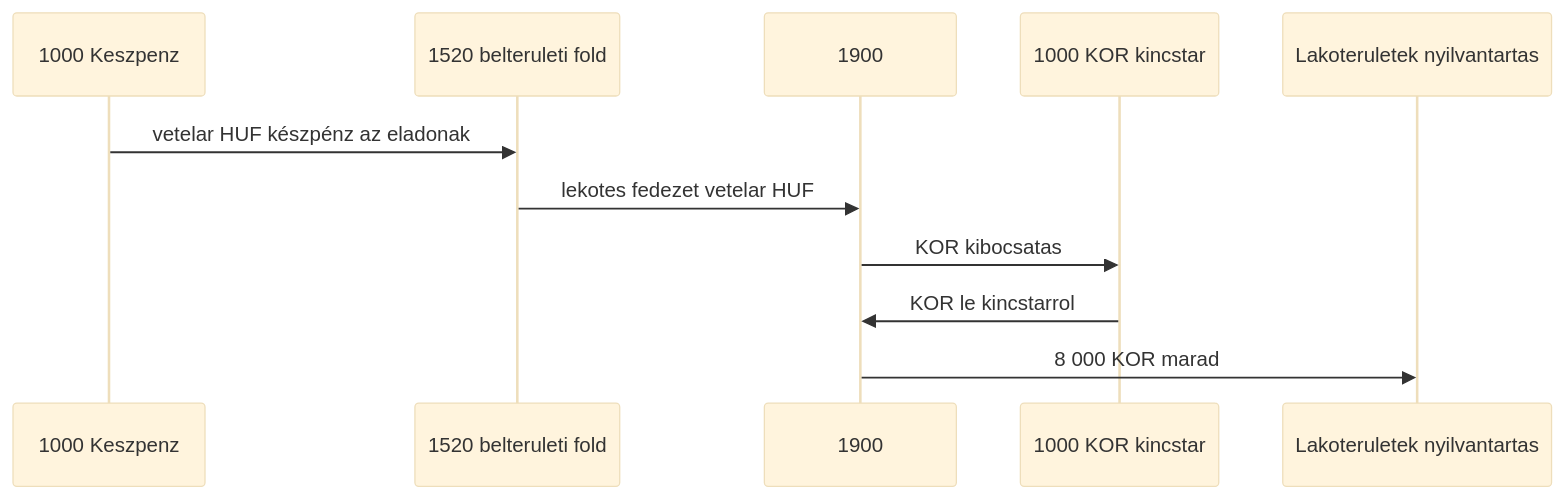
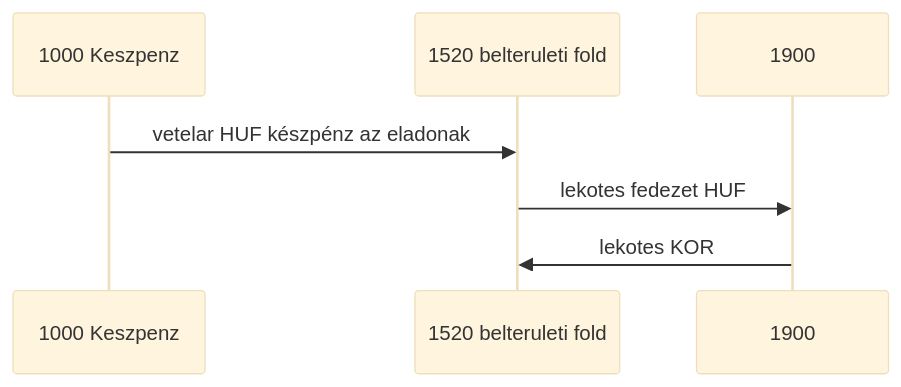
One commit to pitiboy/curr changed the fifth of 15 diagrams in docs/transaction-workflow.md. Above: the diagram before and after it, drawn with Mermaid (base theme). The commit also changed other lines of this file and 8 other files, not shown here.

````diff
--- a/docs/transaction-workflow.md
+++ b/docs/transaction-workflow.md
@@ -285,14 +273,10 @@
 ```mermaid
 sequenceDiagram
   participant Penztar as 1000 Keszpenz
   participant Telek as 1520 belteruleti fold
   participant Atv as 1900
-  participant Kt as 1000 KOR kincstar
-  participant Nyilv as Lakoteruletek nyilvantartas
 
   Penztar->>Telek: vetelar HUF készpénz az eladonak
-  Telek->>Atv: lekotes fedezet vetelar HUF
-  Atv->>Kt: KOR kibocsatas
-  Kt->>Atv: KOR le kincstarrol
-  Atv->>Nyilv: 8 000 KOR marad
+  Telek->>Atv: lekotes fedezet HUF
+  Atv->>Telek: lekotes KOR
 ```
````
